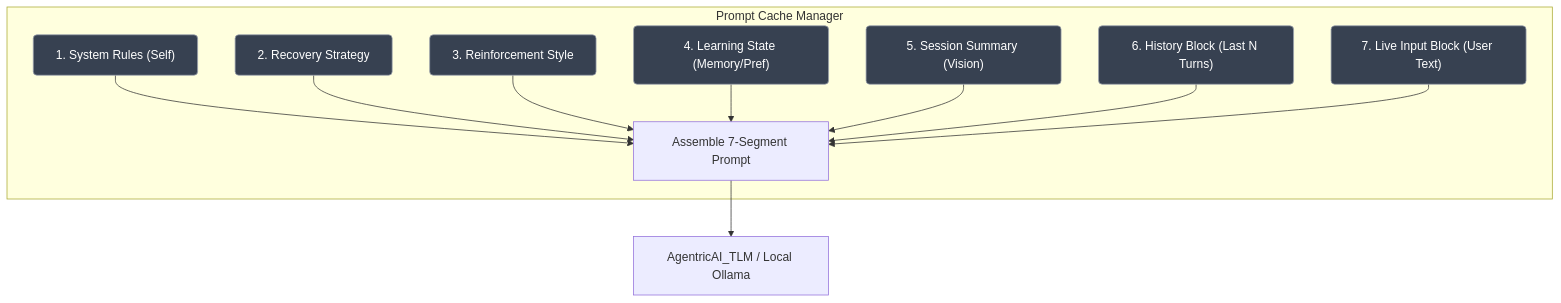
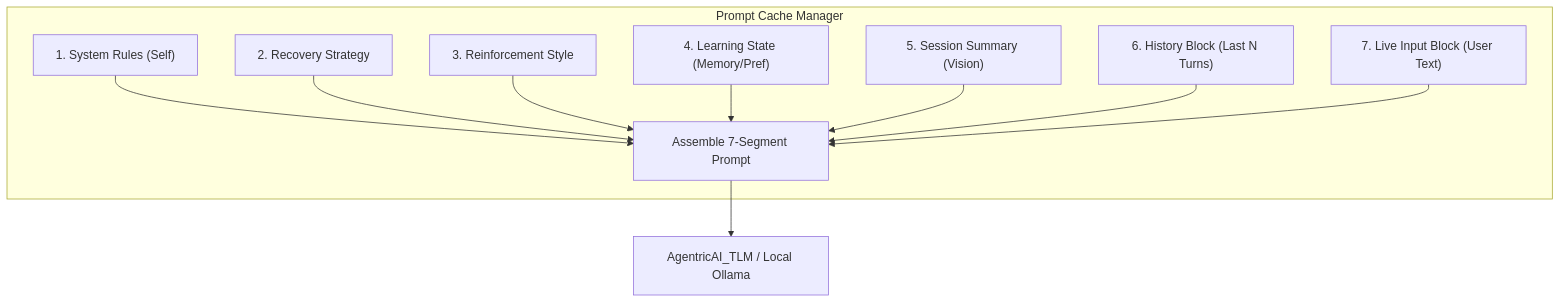
One commit to deepanmpc/LaRa changed the fourth of 10 diagrams in ARCHITECTURE.md. Above: the diagram before and after it, drawn with Mermaid. The commit also changed other lines of this file, not shown here.

Commit message:
refactor: simplify Mermaid diagrams by removing styling classes and cleaning up node labels

````diff
--- a/ARCHITECTURE.md
+++ b/ARCHITECTURE.md
@@ -81,24 +72,22 @@
 ```mermaid
 flowchart TD
-    classDef segment fill:#374151,stroke:#9ca3af,color:#fff,rx:5px,ry:5px;
+    P1["1. System Rules (Self)"]
+    P2["2. Recovery Strategy"]
+    P3["3. Reinforcement Style"]
+    P4["4. Learning State (Memory/Pref)"]
+    P5["5. Session Summary (Vision)"]
+    P6["6. History Block (Last N Turns)"]
+    P7["7. Live Input Block (User Text)"]
     
-    P1["1. System Rules (Self)"]:::segment
-    P2["2. Recovery Strategy"]:::segment
-    P3["3. Reinforcement Style"]:::segment
-    P4["4. Learning State (Memory/Pref)"]:::segment
-    P5["5. Session Summary (Vision)"]:::segment
-    P6["6. History Block (Last N Turns)"]:::segment
-    P7["7. Live Input Block (User Text)"]:::segment
-    
-    subgraph Prompt Cache Manager
+    subgraph PromptManager [Prompt Cache Manager]
         P1 --> Cache[Assemble 7-Segment Prompt]
         P2 --> Cache
         P3 --> Cache
         P4 --> Cache
         P5 --> Cache
         P6 --> Cache
         P7 --> Cache
     end
     
     Cache --> LLM[AgentricAI_TLM / Local Ollama]
 ```
````
